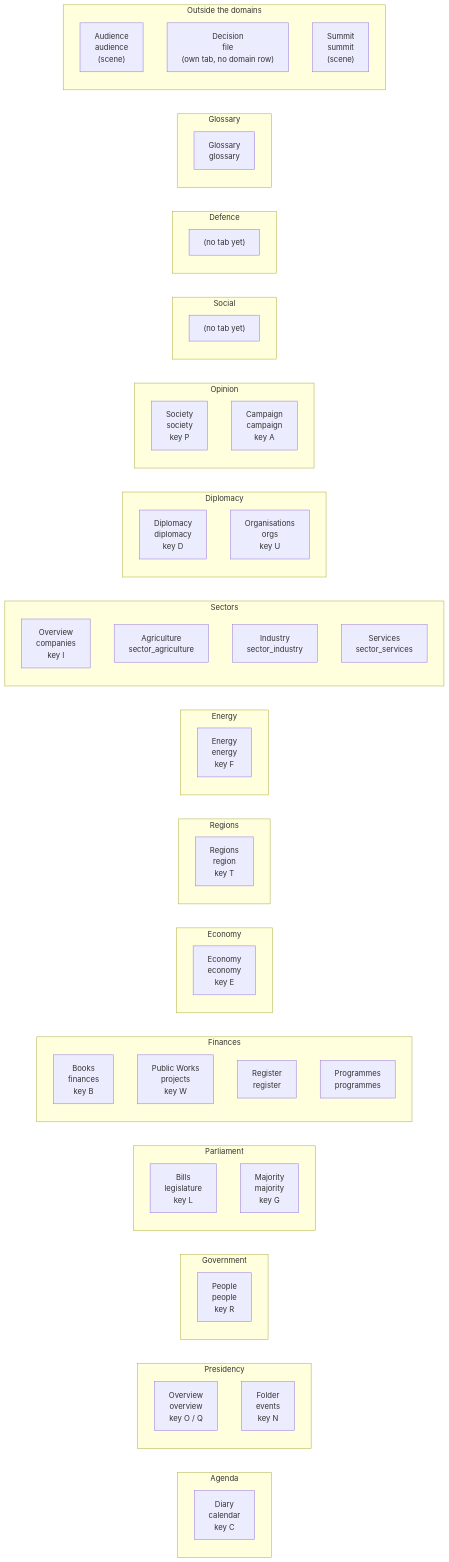
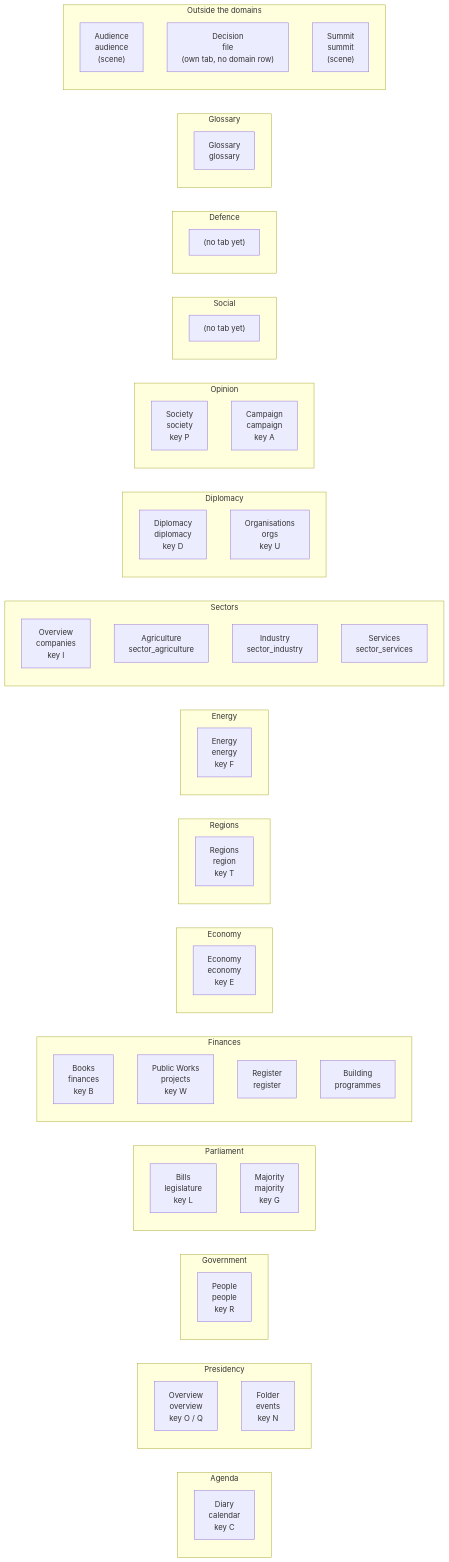
One commit to powerbassist/World-simulator changed the diagram in docs/ui-map.md. Above: the diagram before and after it, drawn with Mermaid. The commit also changed other lines of this file and 10 other files, not shown here.

Commit message:
Register slice 2 pass 2: TAKEs 1-8, 10, 11 and the bill chart with unit squares

````diff
--- a/docs/ui-map.md
+++ b/docs/ui-map.md
@@ -17,75 +17,75 @@
 ```mermaid
 flowchart LR
   subgraph d_agenda["Agenda"]
     direction TB
     w_calendar["Diary<br/>calendar<br/>key C"]
   end
   subgraph d_presidency["Presidency"]
     direction TB
     w_overview["Overview<br/>overview<br/>key O / Q"]
     w_events["Folder<br/>events<br/>key N"]
   end
   subgraph d_government["Government"]
     direction TB
     w_people["People<br/>people<br/>key R"]
   end
   subgraph d_parliament["Parliament"]
     direction TB
     w_legislature["Bills<br/>legislature<br/>key L"]
     w_majority["Majority<br/>majority<br/>key G"]
   end
   subgraph d_finances["Finances"]
     direction TB
     w_finances["Books<br/>finances<br/>key B"]
     w_projects["Public Works<br/>projects<br/>key W"]
     w_register["Register<br/>register"]
-    w_programmes["Programmes<br/>programmes"]
+    w_programmes["Building<br/>programmes"]
   end
   subgraph d_economy["Economy"]
     direction TB
     w_economy["Economy<br/>economy<br/>key E"]
   end
   subgraph d_territory["Regions"]
     direction TB
     w_region["Regions<br/>region<br/>key T"]
   end
   subgraph d_energy["Energy"]
     direction TB
     w_energy["Energy<br/>energy<br/>key F"]
   end
   subgraph d_sectors["Sectors"]
     direction TB
     w_companies["Overview<br/>companies<br/>key I"]
     w_sector_agriculture["Agriculture<br/>sector_agriculture"]
     w_sector_industry["Industry<br/>sector_industry"]
     w_sector_services["Services<br/>sector_services"]
   end
   subgraph d_diplomacy["Diplomacy"]
     direction TB
     w_diplomacy["Diplomacy<br/>diplomacy<br/>key D"]
     w_orgs["Organisations<br/>orgs<br/>key U"]
   end
   subgraph d_opinion["Opinion"]
     direction TB
     w_society["Society<br/>society<br/>key P"]
     w_campaign["Campaign<br/>campaign<br/>key A"]
   end
   subgraph d_social["Social"]
     direction TB
     social_none["(no tab yet)"]
   end
   subgraph d_defence["Defence"]
     direction TB
     defence_none["(no tab yet)"]
   end
   subgraph d_glossary["Glossary"]
     direction TB
     w_glossary["Glossary<br/>glossary"]
   end
   subgraph outside["Outside the domains"]
     direction TB
     w_audience["Audience<br/>audience<br/>(scene)"]
     w_file["Decision<br/>file<br/>(own tab, no domain row)"]
     w_summit["Summit<br/>summit<br/>(scene)"]
   end
 ```
````
